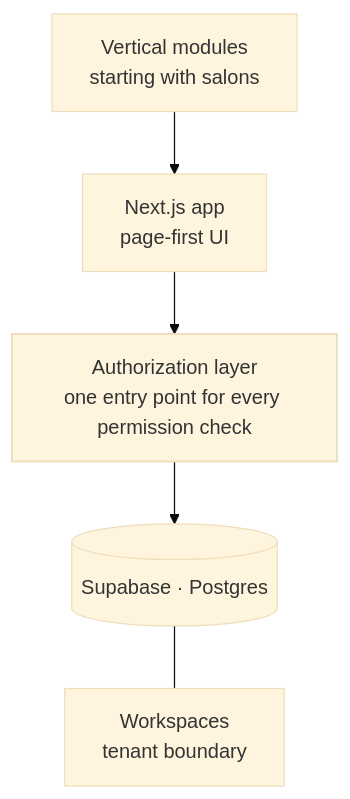
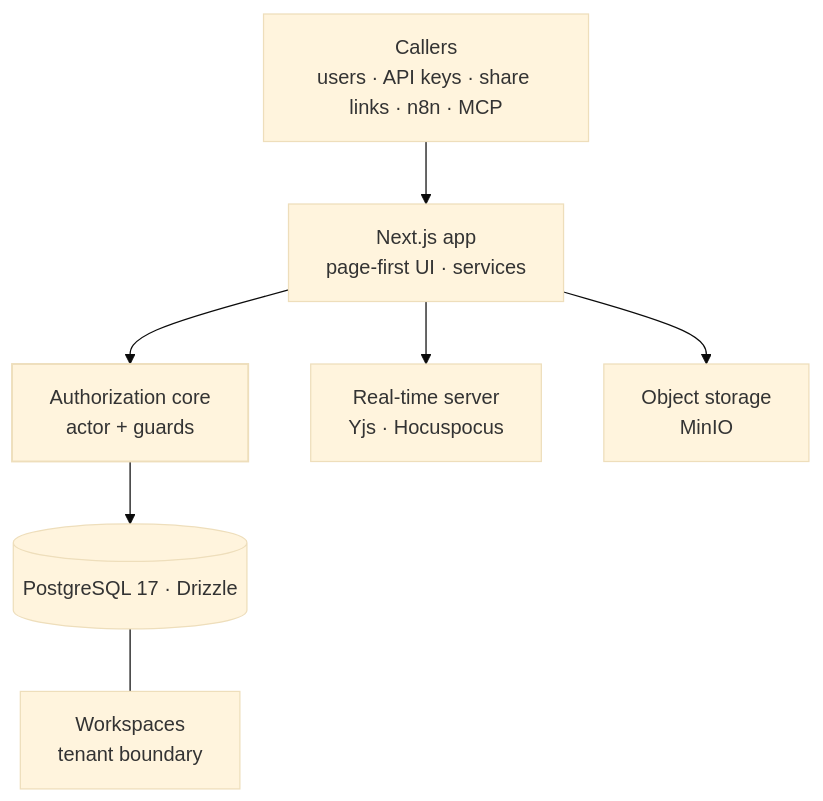
One commit to BLOW3ED/dev-portfolio changed the diagram in content/en/work/corebase.mdx. Above: the diagram before and after it, drawn with Mermaid (base theme). The commit also changed other lines of this file and 38 other files, not shown here.

````diff
--- a/content/en/work/corebase.mdx
+++ b/content/en/work/corebase.mdx
@@ -33,13 +31,15 @@
 ```mermaid
 flowchart TB
   accTitle: Corebase architecture (simplified)
-  accDescr: The Next.js app renders a page-first interface. Every permission check goes through one authorization layer before reaching data in Supabase, which is organized by workspace, the tenant boundary. Vertical modules, starting with the salon agent, plug into the same pages.
+  accDescr: Every caller — a signed-in user, an API key, a share link or the system itself — is resolved to an actor. Services load the record, derive its workspace and ask the authorization core before touching data in Postgres through Drizzle. Workspaces are the tenant boundary. Pages are the universal container for bases, tables and views, and a separate real-time server handles co-editing.
 
-  UI["Next.js app<br/>page-first UI"] --> AUTHZ["Authorization layer<br/>one entry point for every permission check"]
-  MOD["Vertical modules<br/>starting with salons"] --> UI
-  AUTHZ --> DB[("Supabase · Postgres")]
+  CALLER["Callers<br/>users · API keys · share links · n8n · MCP"] --> APP["Next.js app<br/>page-first UI · services"]
+  APP --> AUTHZ["Authorization core<br/>actor + guards"]
+  AUTHZ --> DB[("PostgreSQL 17 · Drizzle")]
   DB --- WS["Workspaces<br/>tenant boundary"]
+  APP --> RT["Real-time server<br/>Yjs · Hocuspocus"]
+  APP --> FILES["Object storage<br/>MinIO"]
 
   classDef truth stroke-width:1.5px
   class AUTHZ truth
 ```
````
